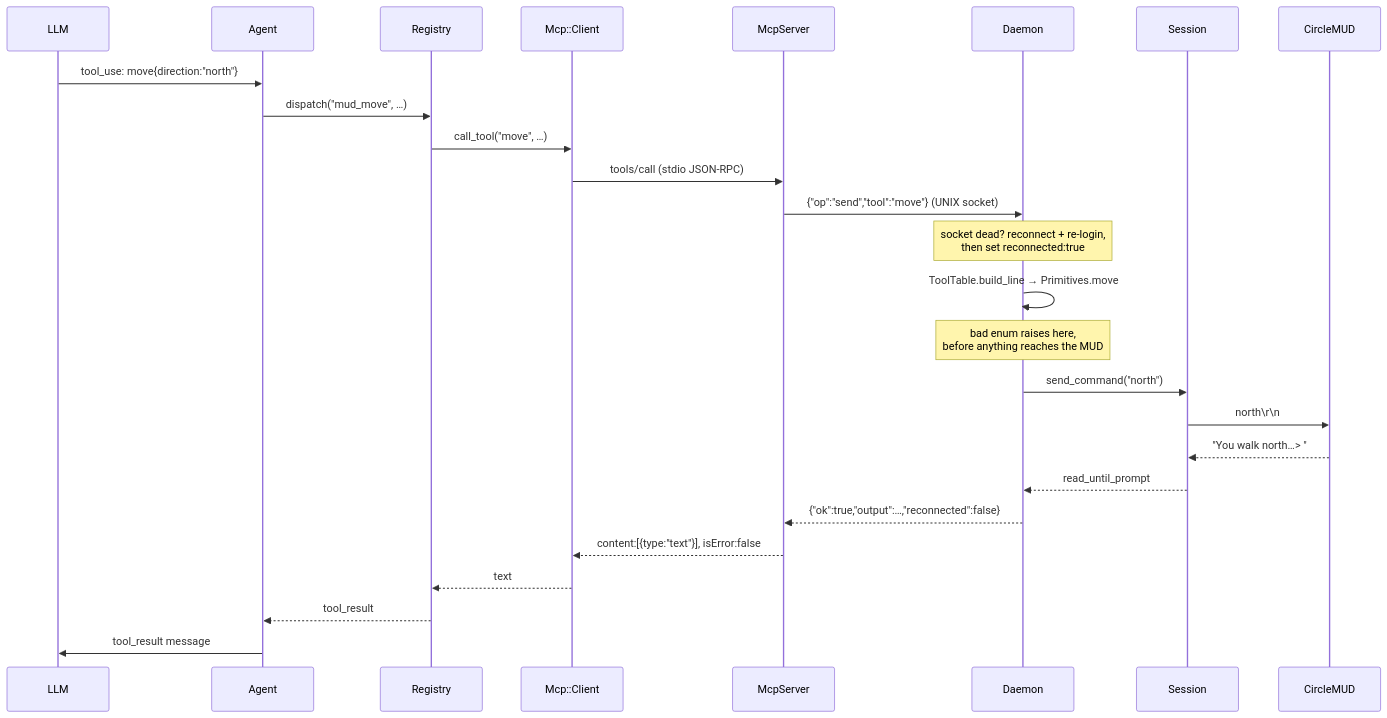
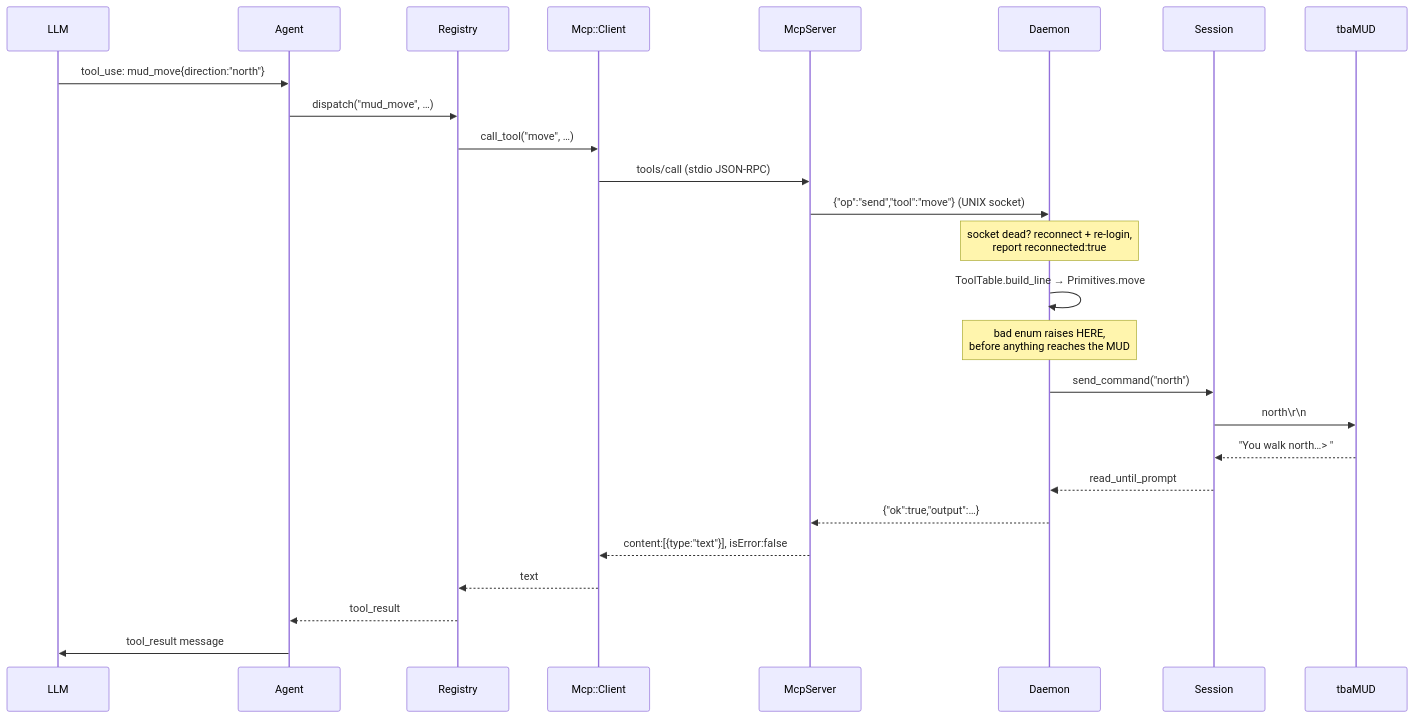
Before and after one commit to dglebov/claude-code-camp-2026-Q2: the fifth of 6 diagrams in docs/architecture.md, drawn with Mermaid. The commit also changed other lines of this file and 120 other files, not shown here.

````diff
--- a/docs/architecture.md
+++ b/docs/architecture.md
@@ -153,29 +193,29 @@
 ```mermaid
 sequenceDiagram
     participant M as LLM
     participant A as Agent
     participant R as Registry
     participant C as Mcp::Client
     participant S as McpServer
     participant D as Daemon
     participant T as Session
-    participant MUD as CircleMUD
+    participant MUD as tbaMUD
 
-    M->>A: tool_use: move{direction:"north"}
+    M->>A: tool_use: mud_move{direction:"north"}
     A->>R: dispatch("mud_move", …)
     R->>C: call_tool("move", …)
-    C->>S: tools/call (stdio JSON-RPC)
+    C->>S: tools/call  (stdio JSON-RPC)
     S->>D: {"op":"send","tool":"move"}  (UNIX socket)
-    Note over D: socket dead? reconnect + re-login,<br/>then set reconnected:true
+    Note over D: socket dead? reconnect + re-login,<br/>report reconnected:true
     D->>D: ToolTable.build_line → Primitives.move
-    Note over D: bad enum raises here,<br/>before anything reaches the MUD
+    Note over D: bad enum raises HERE,<br/>before anything reaches the MUD
     D->>T: send_command("north")
     T->>MUD: north\r\n
     MUD-->>T: "You walk north…> "
     T-->>D: read_until_prompt
-    D-->>S: {"ok":true,"output":…,"reconnected":false}
+    D-->>S: {"ok":true,"output":…}
     S-->>C: content:[{type:"text"}], isError:false
     C-->>R: text
     R-->>A: tool_result
     A->>M: tool_result message
 ```
````
